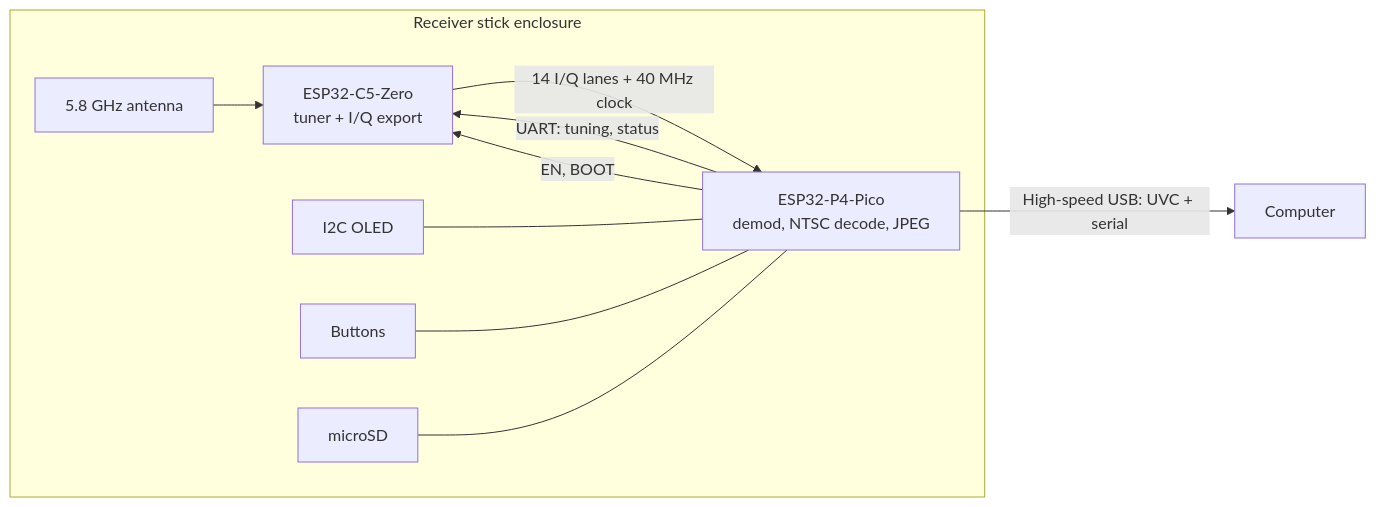
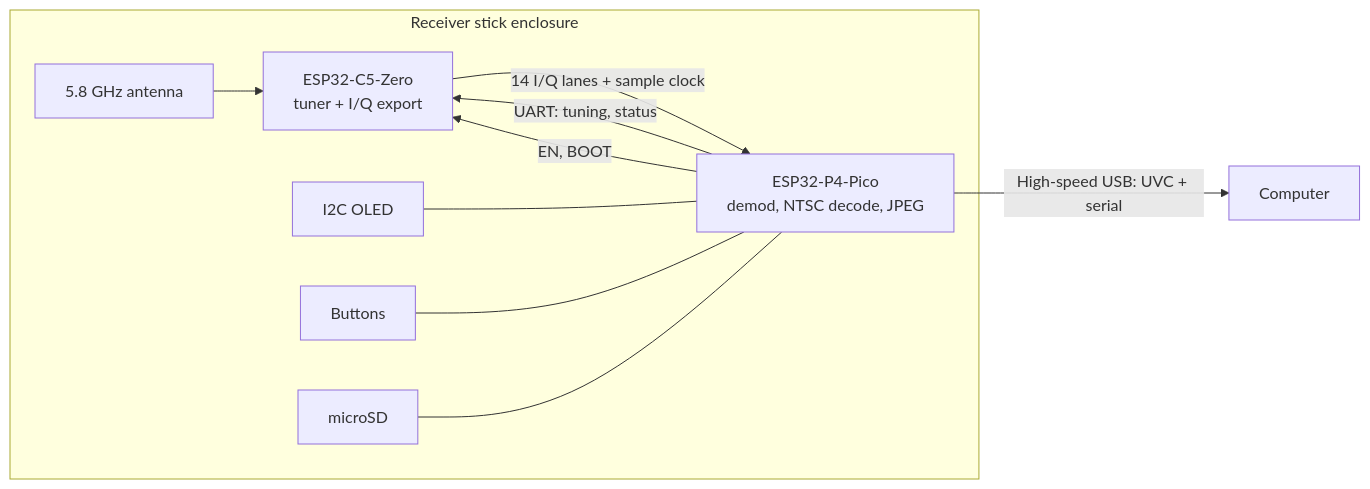
One commit to zerowidth/C5VRX changed the diagram in docs/p4-receiver-plan.md. Above: the diagram before and after it, drawn with Mermaid. The commit also changed other lines of this file, not shown here.

````diff
--- a/docs/p4-receiver-plan.md
+++ b/docs/p4-receiver-plan.md
@@ -11,13 +18,13 @@
 ```mermaid
 flowchart LR
     subgraph stick["Receiver stick enclosure"]
         ant["5.8 GHz antenna"] --> c5["ESP32-C5-Zero<br/>tuner + I/Q export"]
-        c5 -- "14 I/Q lanes + 40 MHz clock" --> p4["ESP32-P4-Pico<br/>demod, NTSC decode, JPEG"]
+        c5 -- "14 I/Q lanes + sample clock" --> p4["ESP32-P4-Pico<br/>demod, NTSC decode, JPEG"]
         p4 -- "UART: tuning, status" --> c5
         p4 -- "EN, BOOT" --> c5
         oled["I2C OLED"] --- p4
         buttons["Buttons"] --- p4
         sd["microSD"] --- p4
     end
     p4 -- "High-speed USB: UVC + serial" --> host["Computer"]
 ```
````
